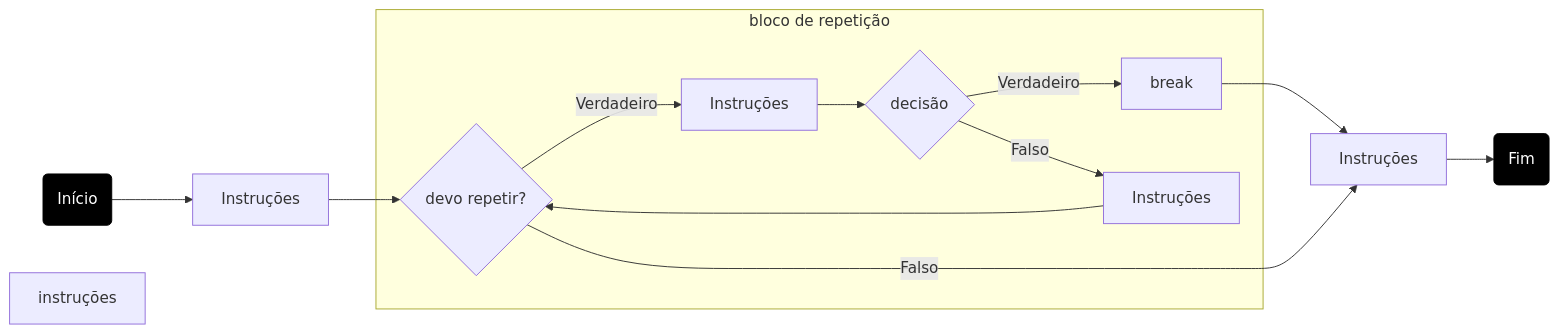
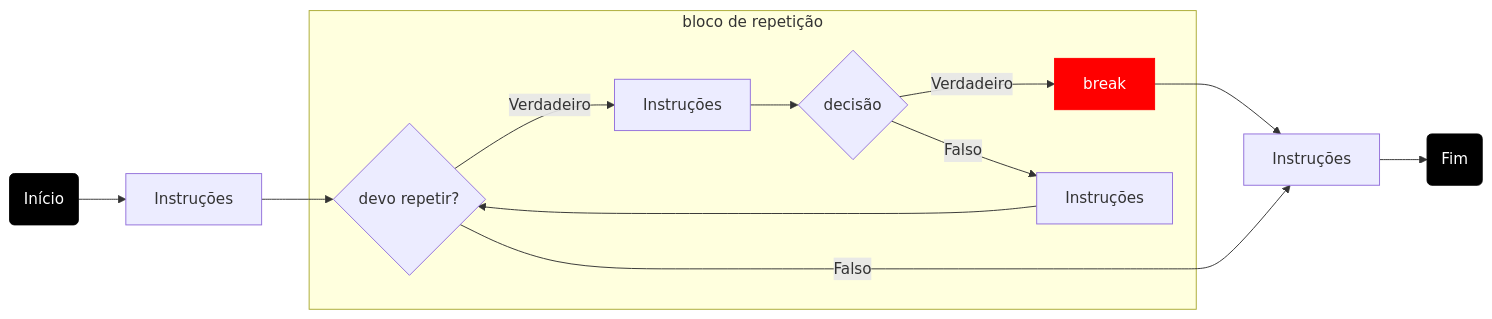
One commit to yuriMartinst/linguagem-java changed the ninth of 9 diagrams in 08.md. Above: the diagram before and after it, drawn with Mermaid. The commit also changed other lines of this file, not shown here.

````diff
--- a/08.md
+++ b/08.md
@@ -246,19 +247,19 @@
 ```mermaid
 flowchart LR
     inicio(Início) --> A
     A[Instruções] --> C{devo repetir?}
     subgraph bloco de repetição
         C -->|Verdadeiro| D[Instruções]
         D --> DD{decisão}
         DD -->|Verdadeiro| break[break]
         DD -->|Falso| M[Instruções]
         M --> C
     end
     break --> F
     C -->|Falso| F[Instruções]
     F --> fim(Fim)
 
 style inicio fill:#000,stroke:#000,color:#fff
 style fim fill:#000,stroke:#000,color:#fff
-instruções;
+style break fill:#f00,stroke:#f00,color:#fff
 ```
````
